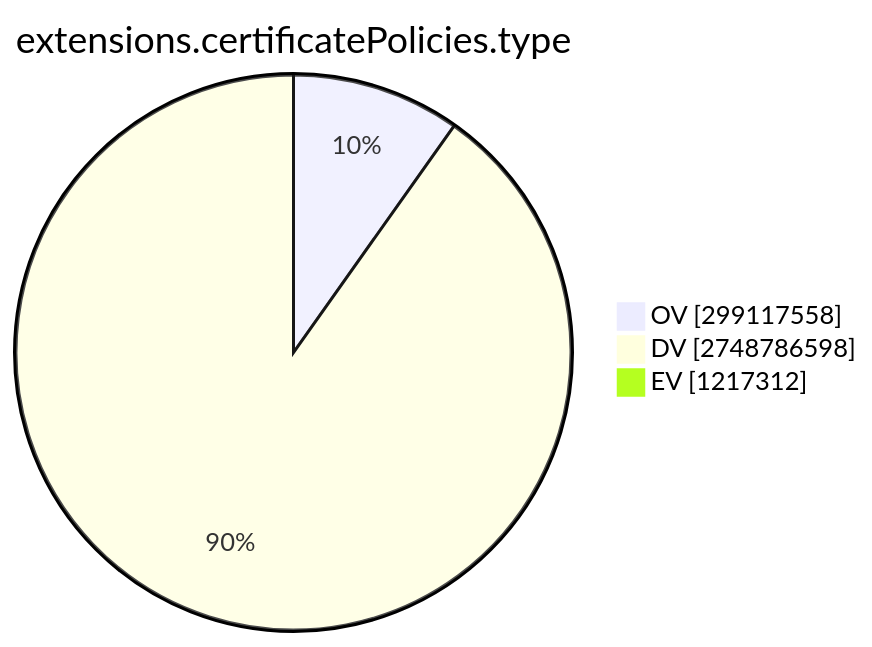
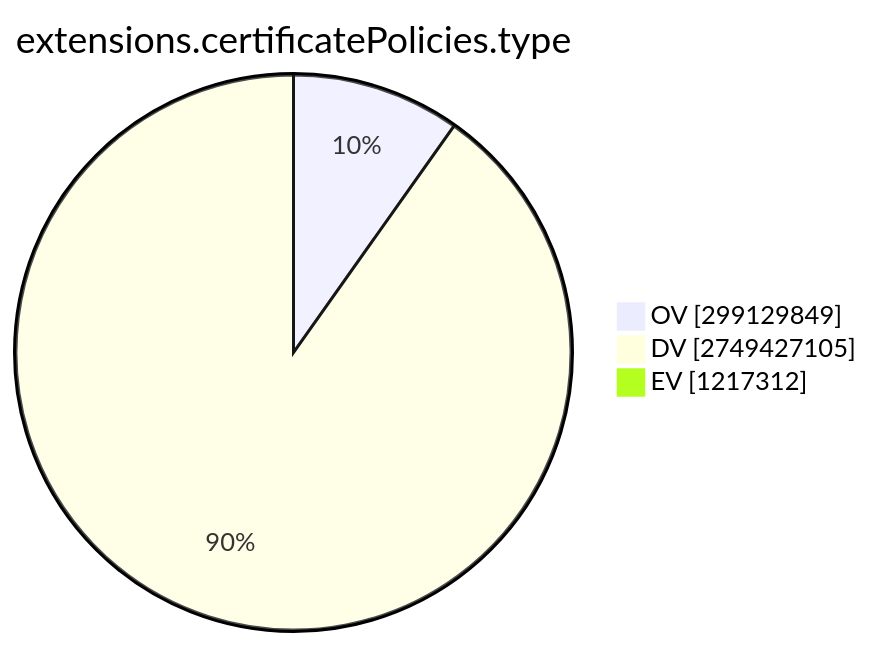
Before and after one commit to christiankrug/ctmonitor_visualization: the ninth of 15 diagrams in TOTAL/README.md, drawn with Mermaid. The commit also changed other lines of this file, not shown here.

````diff
--- a/TOTAL/README.md
+++ b/TOTAL/README.md
@@ -3100,7 +3100,7 @@
 ```mermaid
 pie showData
 title extensions.certificatePolicies.type
-"OV" :299117558
-"DV" :2748786598
+"OV" :299129849
+"DV" :2749427105
 "EV" :1217312
 ```
````
